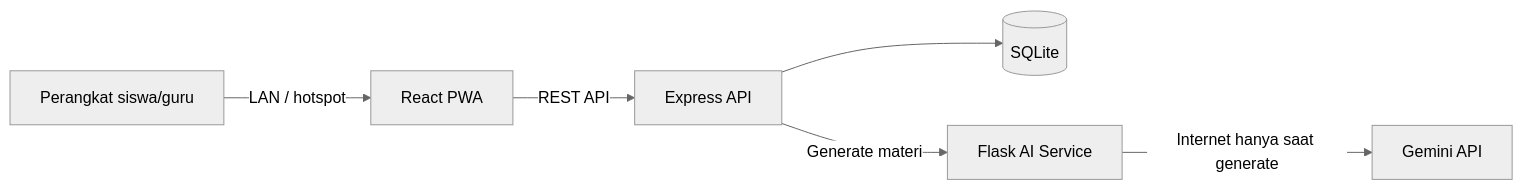
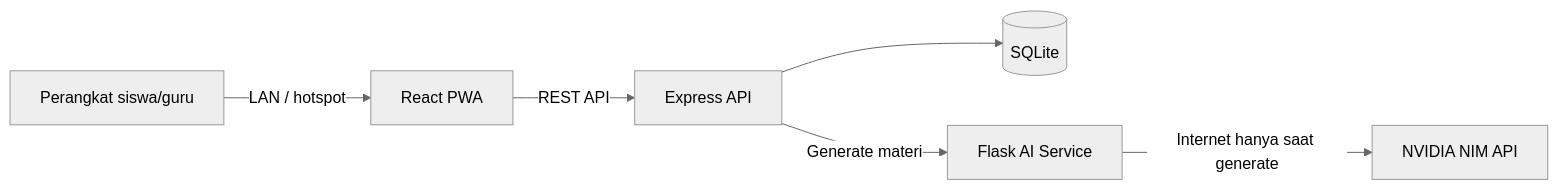
The diagram in README.md (DitRadit/smartrecall), drawn with Mermaid (neutral theme) before and after one commit. The commit also changed other lines of this file and 25 other files, not shown here.

````diff
--- a/README.md
+++ b/README.md
@@ -23,8 +23,8 @@
 ```mermaid
 flowchart LR
     S["Perangkat siswa/guru"] -->|LAN / hotspot| F["React PWA"]
     F -->|REST API| B["Express API"]
     B --> D[("SQLite")]
     B -->|Generate materi| A["Flask AI Service"]
-    A -->|Internet hanya saat generate| N["Gemini API"]
+    A -->|Internet hanya saat generate| N["NVIDIA NIM API"]
 ```
````
